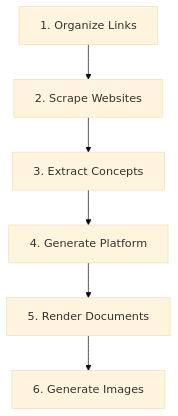
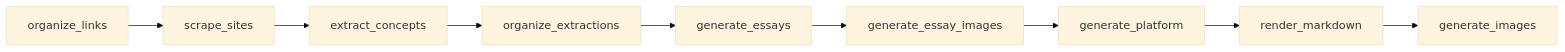
Before and after one commit to docxology/links: the second of 4 diagrams in diagram.md, drawn with Mermaid (base theme). The commit also changed other lines of this file and 148 other files, not shown here.

````diff
--- a/diagram.md
+++ b/diagram.md
@@ -26,8 +26,11 @@
 ```mermaid
-graph TD
-    A[1. Organize Links] --> B[2. Scrape Websites]
-    B --> C[3. Extract Concepts]
-    C --> D[4. Generate Platform]
-    D --> E[5. Render Documents]
-    E --> F[6. Generate Images]
+flowchart LR
+  s1[organize_links] --> s2[scrape_sites]
+  s2 --> s3[extract_concepts]
+  s3 --> s4[organize_extractions]
+  s4 --> s5[generate_essays]
+  s5 --> s6[generate_essay_images]
+  s6 --> s7[generate_platform]
+  s7 --> s8[render_markdown]
+  s8 --> s9[generate_images]
 ```
````
